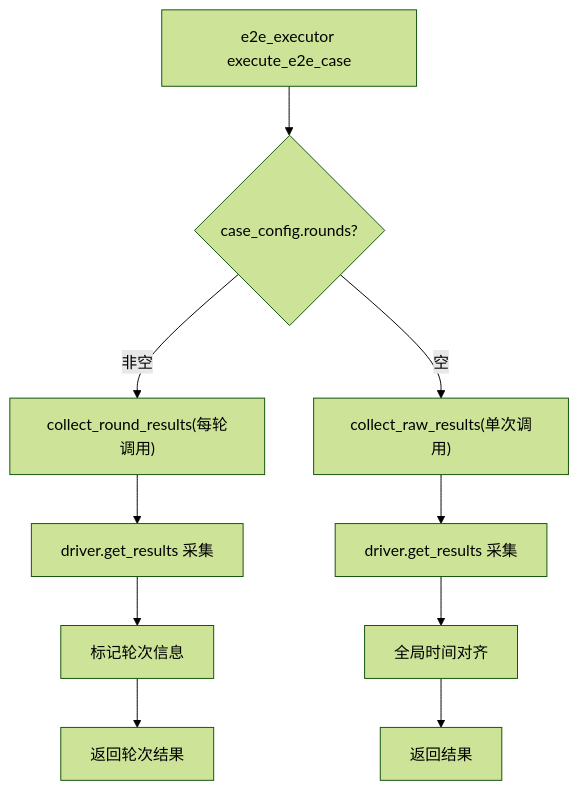
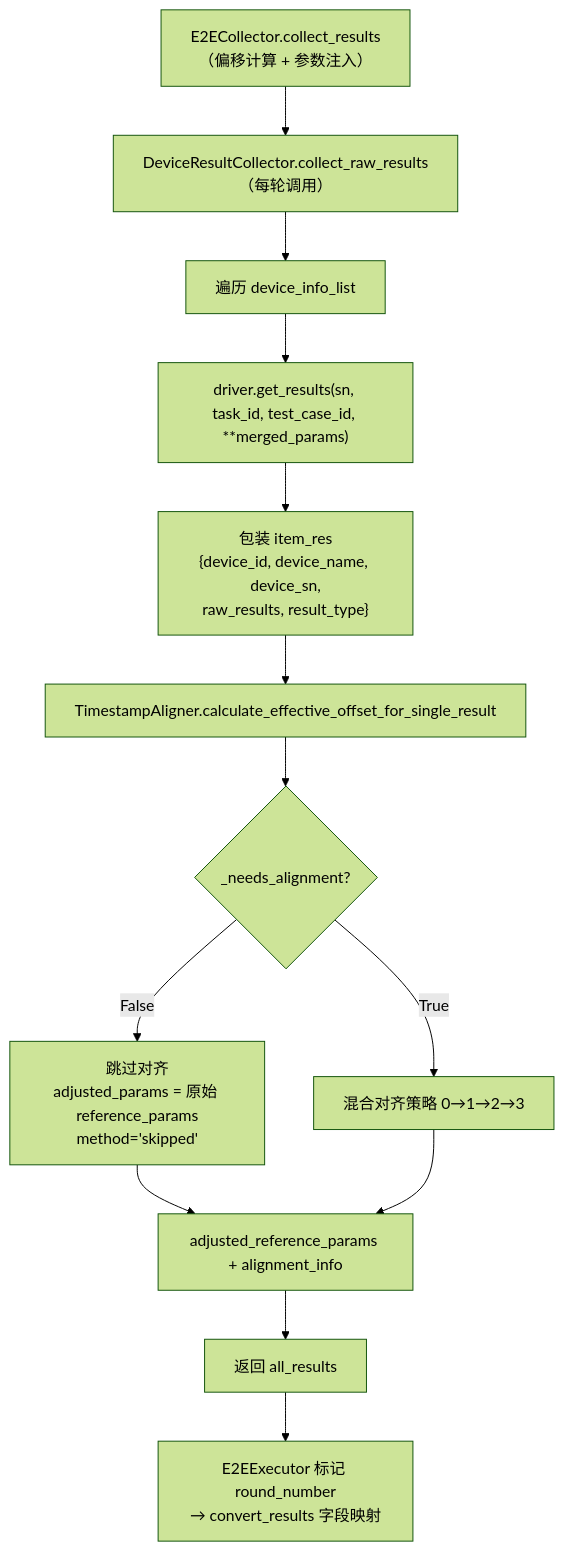
The diagram in Intelligent-Audio-TEST/doc/voice_llm/04_执行测试/backend/32_device_result_collector多轮采集.md (ydz-auto/intelligent_audio_test), drawn with Mermaid (forest theme) before and after one commit. The commit also changed other lines of this file and 69 other files, not shown here.

````diff
--- a/Intelligent-Audio-TEST/doc/voice_llm/04_执行测试/backend/32_device_result_collector多轮采集.md
+++ b/Intelligent-Audio-TEST/doc/voice_llm/04_执行测试/backend/32_device_result_collector多轮采集.md
@@ -111,12 +21,15 @@
 ```mermaid
-graph TD
-    A[e2e_executor execute_e2e_case] --> B{case_config.rounds?}
-    B -->|非空| C["collect_round_results(每轮调用)"]
-    C --> D[driver.get_results 采集]
-    D --> E[标记轮次信息]
-    E --> F[返回轮次结果]
-    B -->|空| G["collect_raw_results(单次调用)"]
-    G --> H[driver.get_results 采集]
-    H --> I[全局时间对齐]
-    I --> J[返回结果]
+flowchart TD
+    A["E2ECollector.collect_results<br/>（偏移计算 + 参数注入）"] --> B["DeviceResultCollector.collect_raw_results<br/>（每轮调用）"]
+    B --> C["遍历 device_info_list"]
+    C --> D["driver.get_results(sn, task_id, test_case_id, **merged_params)"]
+    D --> E["包装 item_res<br/>{device_id, device_name, device_sn,<br/>raw_results, result_type}"]
+    E --> F["TimestampAligner.calculate_effective_offset_for_single_result"]
+    F --> G{"_needs_alignment?"}
+    G -->|False| H["跳过对齐<br/>adjusted_params = 原始 reference_params<br/>method='skipped'"]
+    G -->|True| I["混合对齐策略 0→1→2→3"]
+    H --> J["adjusted_reference_params + alignment_info"]
+    I --> J
+    J --> K["返回 all_results"]
+    K --> L["E2EExecutor 标记 round_number<br/>→ convert_results 字段映射"]
 ```
````
